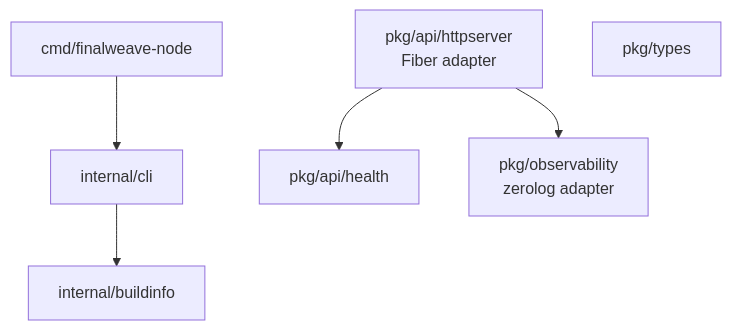
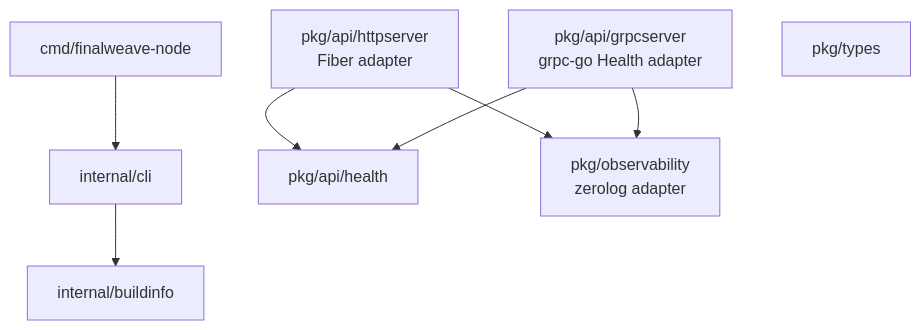
One commit to wowtrust/final-weave changed the diagram in doc/07-code-architecture.md. Above: the diagram before and after it, drawn with Mermaid. The commit also changed other lines of this file and 13 other files, not shown here.

First line of the commit message:
feat(api): add bounded gRPC operational adapter (#12)

````diff
--- a/doc/07-code-architecture.md
+++ b/doc/07-code-architecture.md
@@ -56,9 +59,11 @@
 ```mermaid
 flowchart TB
     CMD["cmd/finalweave-node"] --> CLI["internal/cli"]
     CLI --> BUILD["internal/buildinfo"]
     HTTP["pkg/api/httpserver<br/>Fiber adapter"] --> HEALTH["pkg/api/health"]
+    GRPC["pkg/api/grpcserver<br/>grpc-go Health adapter"] --> HEALTH
     HTTP --> OBS
+    GRPC --> OBS
     OBS["pkg/observability<br/>zerolog adapter"]
     TYPES["pkg/types"]
 ```
````
